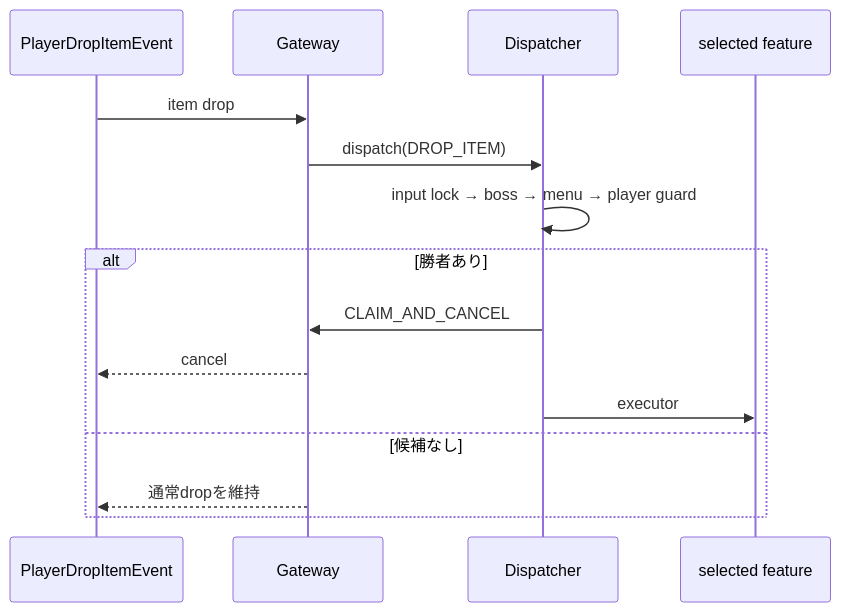
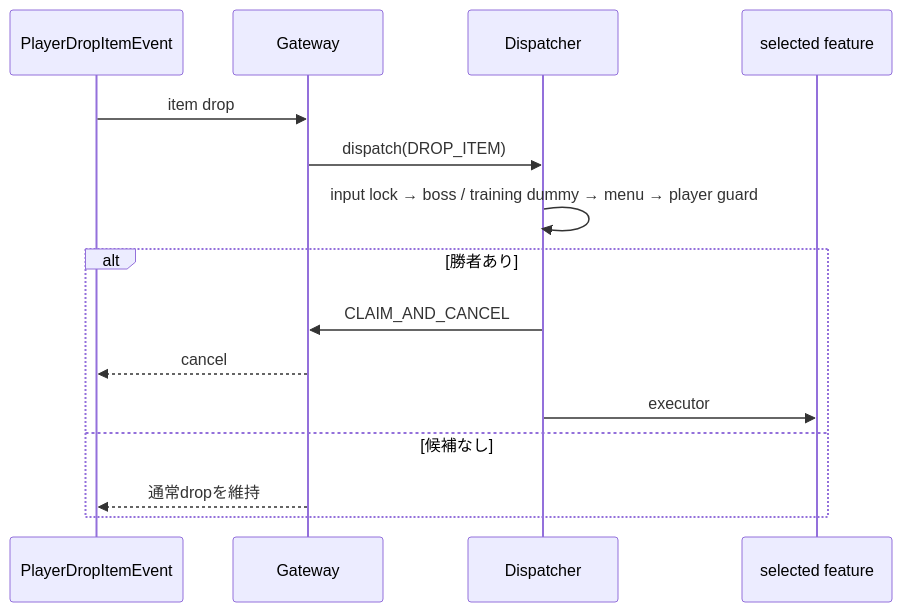
One commit to maaasu/AstralRecord-Workspace changed the fourth of 7 diagrams in 00_docs/10_Plugin設計書/feature/28-player-interaction/28_4-統合フロー.md. Above: the diagram before and after it, drawn with Mermaid. The commit also changed other lines of this file and 16 other files, not shown here.

````diff
--- a/00_docs/10_Plugin設計書/feature/28-player-interaction/28_4-統合フロー.md
+++ b/00_docs/10_Plugin設計書/feature/28-player-interaction/28_4-統合フロー.md
@@ -138,18 +138,18 @@
 ```mermaid
 sequenceDiagram
     participant Bukkit as PlayerDropItemEvent
     participant Gateway as Gateway
     participant Dispatcher as Dispatcher
     participant Winner as selected feature
 
     Bukkit->>Gateway: item drop
     Gateway->>Dispatcher: dispatch(DROP_ITEM)
-    Dispatcher->>Dispatcher: input lock → boss → menu → player guard
+    Dispatcher->>Dispatcher: input lock → boss / training dummy → menu → player guard
     alt 勝者あり
         Dispatcher->>Gateway: CLAIM_AND_CANCEL
         Gateway-->>Bukkit: cancel
         Dispatcher->>Winner: executor
     else 候補なし
         Gateway-->>Bukkit: 通常dropを維持
     end
 ```
````
